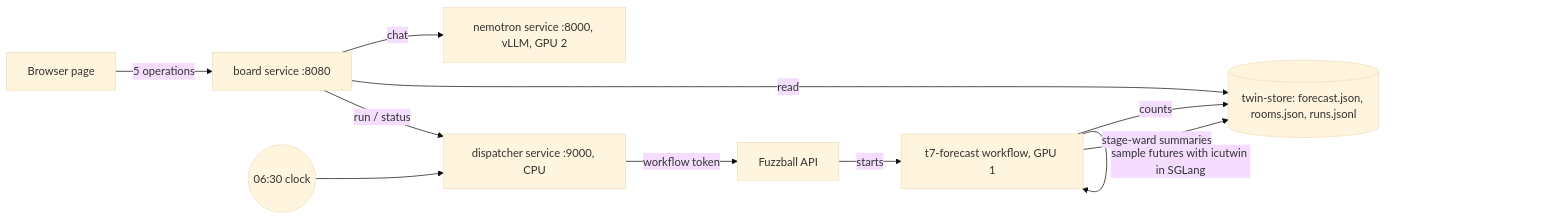
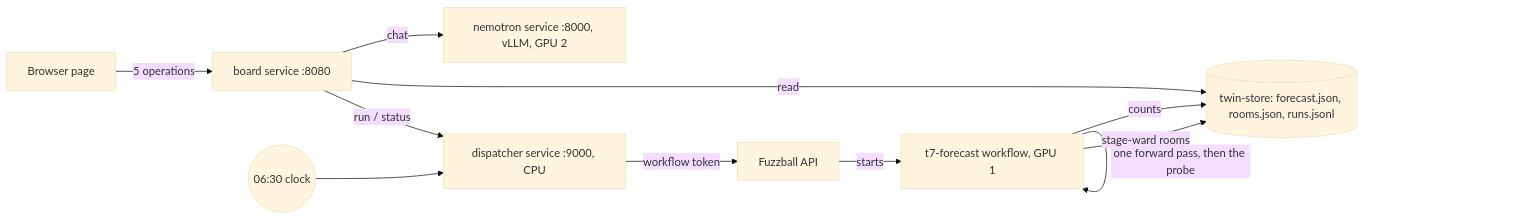
Before and after one commit to sajor2000/icustrainciq: the diagram in docs/INTEGRATION.md, drawn with Mermaid (base theme). The commit also changed other lines of this file and 7 other files, not shown here.

````diff
--- a/docs/INTEGRATION.md
+++ b/docs/INTEGRATION.md
@@ -25,13 +25,13 @@
 ```mermaid
 flowchart LR
   B[Browser page] -- 5 operations --> Board[board service :8080]
   Board -- read --> F[(twin-store: forecast.json, rooms.json, runs.jsonl)]
   Board -- chat --> N[nemotron service :8000, vLLM, GPU 2]
   Board -- run / status --> D[dispatcher service :9000, CPU]
   D -- workflow token --> FZ[Fuzzball API]
   FZ -- starts --> W[t7-forecast workflow, GPU 1]
-  W -- sample futures with icutwin in SGLang --> W
+  W -- one forward pass, then the probe --> W
   W -- counts --> F
-  W -- stage-ward summaries --> F
+  W -- stage-ward rooms --> F
   S((06:30 clock)) --> D
 ```
````
